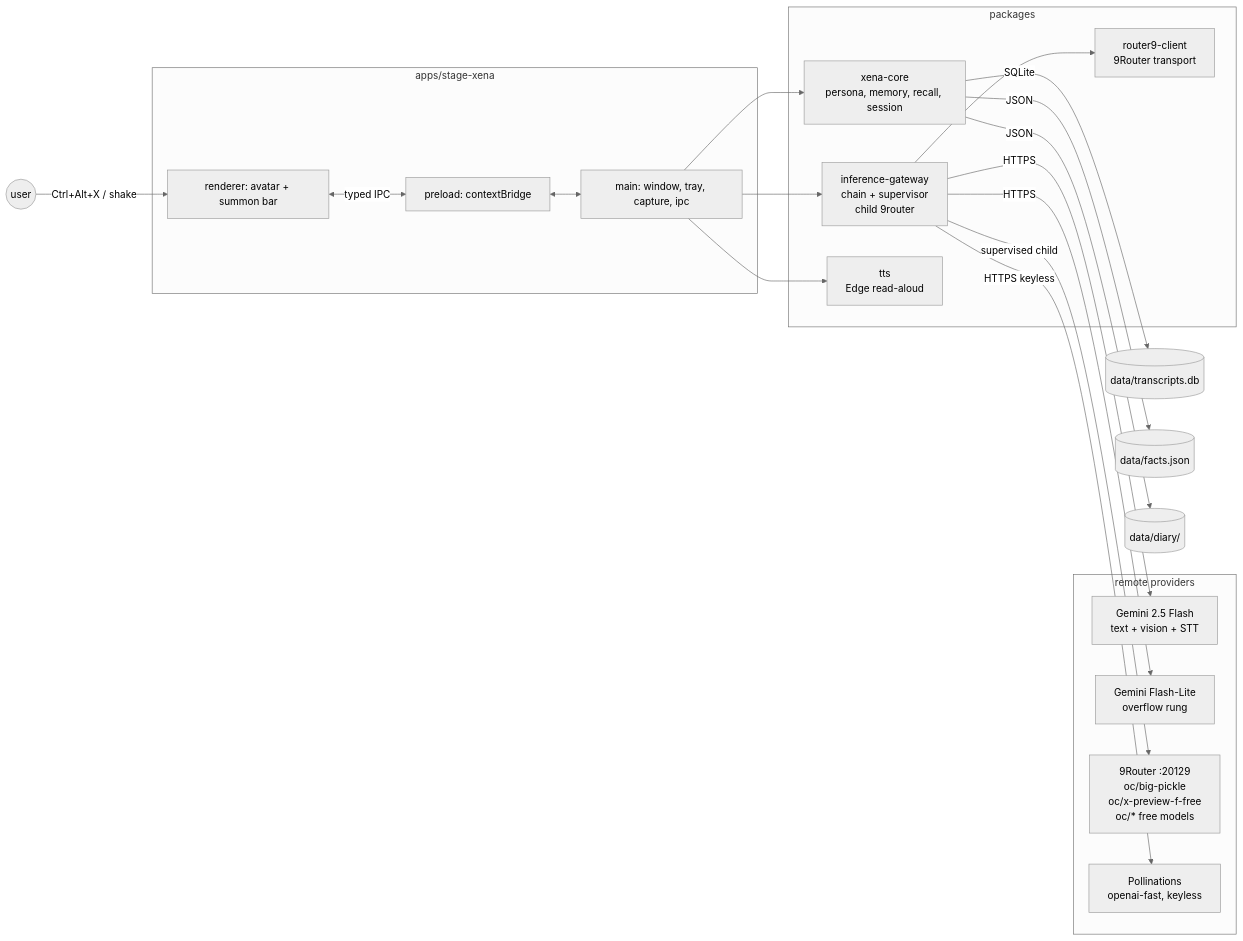
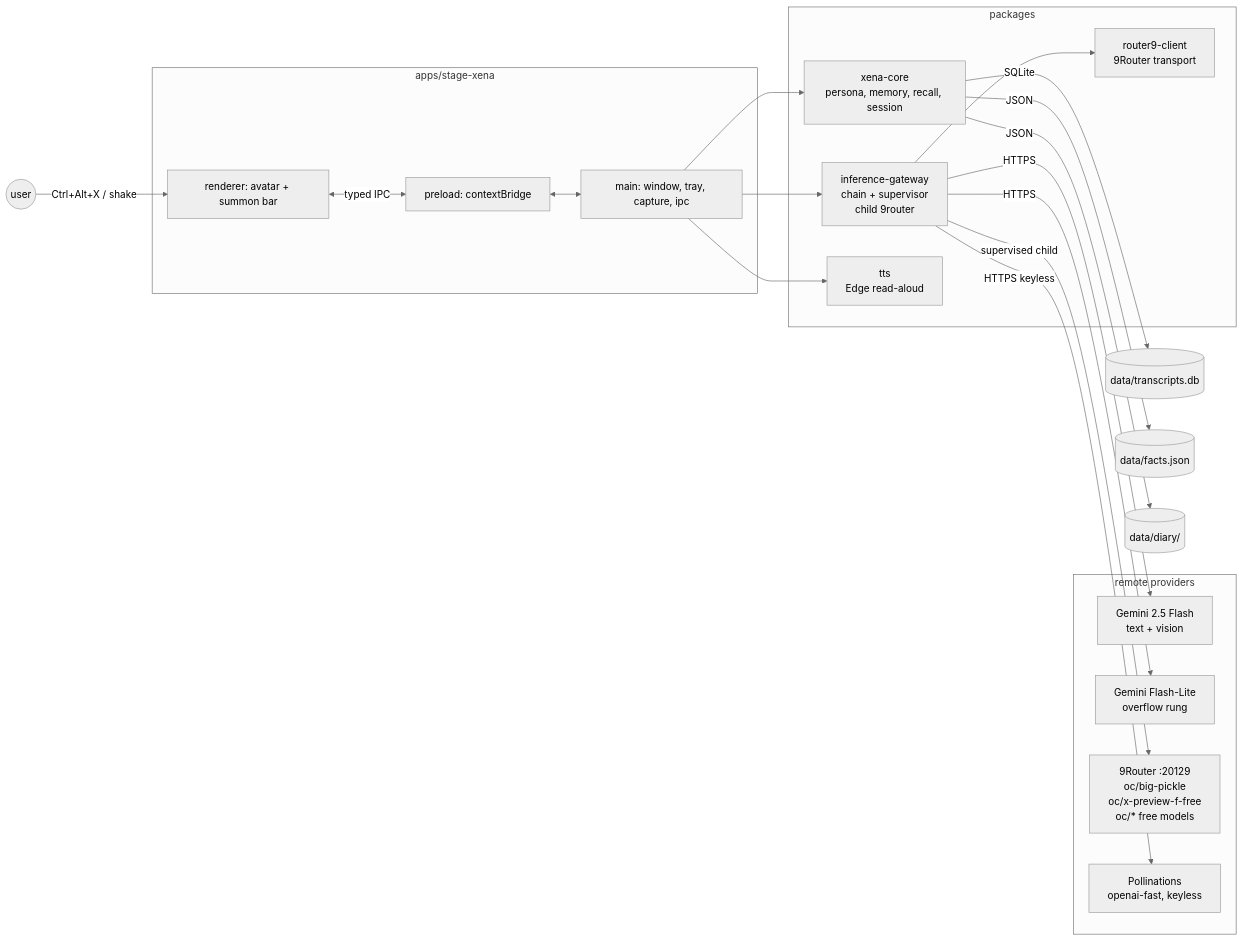
The diagram in README.md (daniswastaken/xena), drawn with Mermaid (neutral theme) before and after one commit. The commit also changed other lines of this file and 26 other files, not shown here.

````diff
--- a/README.md
+++ b/README.md
@@ -201,37 +145,37 @@
 ```mermaid
 flowchart LR
   subgraph App[apps/stage-xena]
     Main[main: window, tray, capture, ipc]
     Preload[preload: contextBridge]
     Render[renderer: avatar + summon bar]
   end
 
   subgraph Core[packages]
     IG[inference-gateway\nchain + supervisor\nchild 9router]
     R9[router9-client\n9Router transport]
     XC[xena-core\npersona, memory, recall, session]
     TTS[tts\nEdge read-aloud]
   end
 
   subgraph Remote[remote providers]
-    G[Gemini 2.5 Flash\ntext + vision + STT]
+    G[Gemini 2.5 Flash\ntext + vision]
     L[Gemini Flash-Lite\noverflow rung]
     Host[9Router :20129\noc/big-pickle\noc/x-preview-f-free\noc/* free models]
     P[Pollinations\nopenai-fast, keyless]
   end
 
   User((user)) -->|Ctrl+Alt+X / shake| Render
   Render <-->|typed IPC| Preload
   Preload <--> Main
   Main --> IG
   Main --> XC
   Main --> TTS
   IG --> R9
   IG -->|HTTPS| G
   IG -->|HTTPS| L
   IG -->|supervised child| Host
   IG -->|HTTPS keyless| P
   XC -->|SQLite| Data[(data/transcripts.db)]
   XC -->|JSON| Facts[(data/facts.json)]
   XC -->|JSON| Diary[(data/diary/)]
 ```
````
